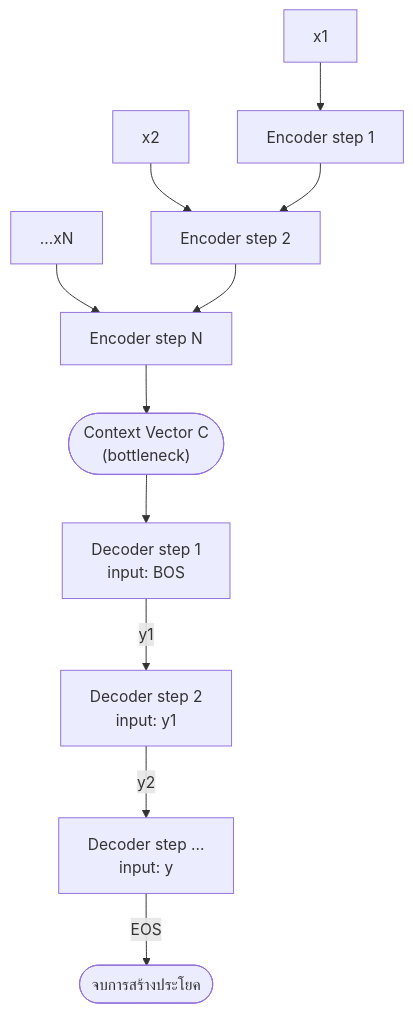
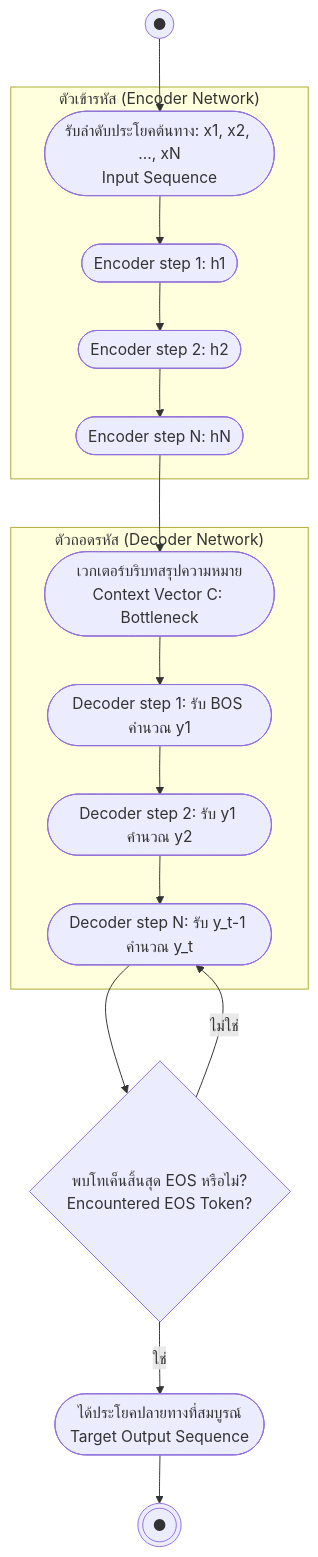
One commit to PhuriphatTyPeZ3r0/Course-1323404-Natural-Language-Processing-2026 changed the diagram in 01_Lectures/Week6/Encoder-Decoder-Seq2Seq.md. Above: the diagram before and after it, drawn with Mermaid. The commit also changed 14 other files, not shown here.

Commit message:
refactor: standardize diagrams to UML specifications across notes and templates

````diff
--- a/01_Lectures/Week6/Encoder-Decoder-Seq2Seq.md
+++ b/01_Lectures/Week6/Encoder-Decoder-Seq2Seq.md
@@ -69,12 +69,23 @@
 ```mermaid
 flowchart TD
-    X1["x1"] --> ENC1["Encoder step 1"]
-    X2["x2"] --> ENC2["Encoder step 2"]
-    XN["...xN"] --> ENCN["Encoder step N"]
-    ENC1 --> ENC2 --> ENCN
-    ENCN --> C(["Context Vector C\n(bottleneck)"])
-    C --> DEC1["Decoder step 1\ninput: BOS"]
-    DEC1 -->|"y1"| DEC2["Decoder step 2\ninput: y1"]
-    DEC2 -->|"y2"| DEC3["Decoder step ...\ninput: y<t"]
-    DEC3 -->|"EOS"| DONE(["จบการสร้างประโยค"])
+    Start((●)) --> InputSeq([รับลำดับประโยคต้นทาง: x1, x2, ..., xN<br>Input Sequence])
+    
+    subgraph Encoder ["ตัวเข้ารหัส (Encoder Network)"]
+        InputSeq --> ENC1([Encoder step 1: h1])
+        ENC1 --> ENC2([Encoder step 2: h2])
+        ENC2 --> ENCN([Encoder step N: hN])
+    end
+
+    ENCN --> Context([เวกเตอร์บริบทสรุปความหมาย<br>Context Vector C: Bottleneck])
+
+    subgraph Decoder ["ตัวถอดรหัส (Decoder Network)"]
+        Context --> DEC1([Decoder step 1: รับ BOS คำนวณ y1])
+        DEC1 --> DEC2([Decoder step 2: รับ y1 คำนวณ y2])
+        DEC2 --> DECN([Decoder step N: รับ y_t-1 คำนวณ y_t])
+    end
+
+    DECN --> CheckEnd{พบโทเค็นสิ้นสุด EOS หรือไม่?<br>Encountered EOS Token?}
+    CheckEnd -- ใช่ --> Finish([ได้ประโยคปลายทางที่สมบูรณ์<br>Target Output Sequence])
+    CheckEnd -- ไม่ใช่ --> DECN
+    Finish --> EndNode(((●)))
 ```
````
